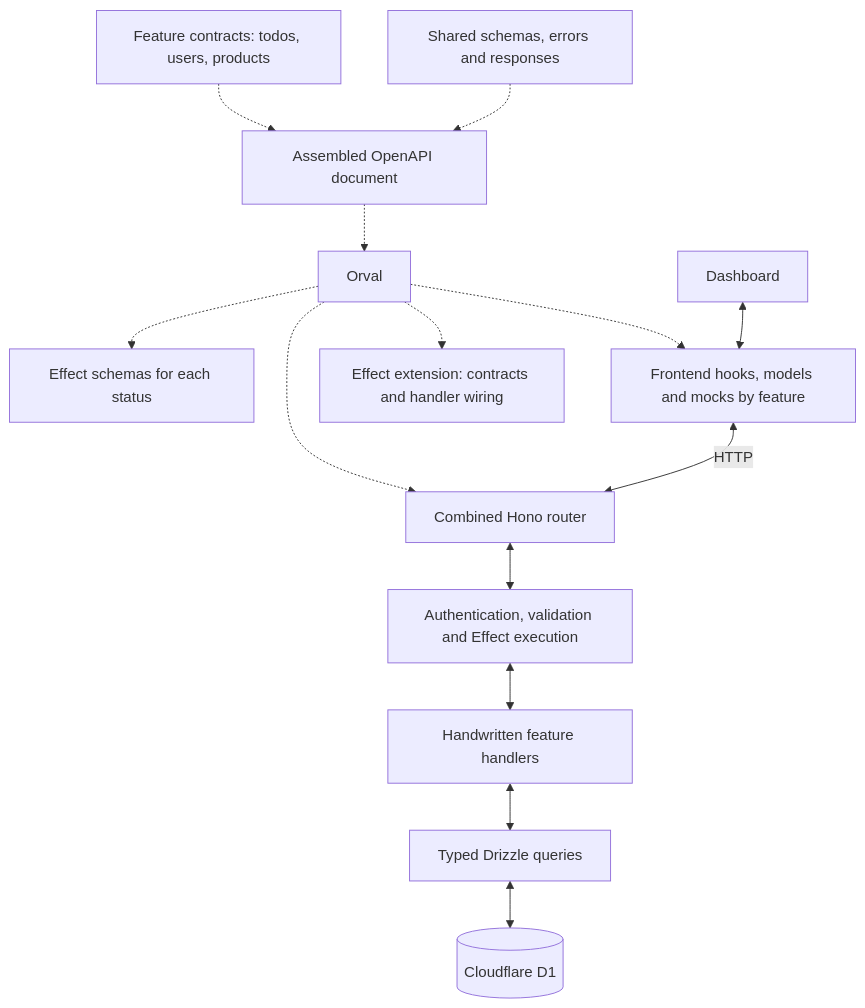
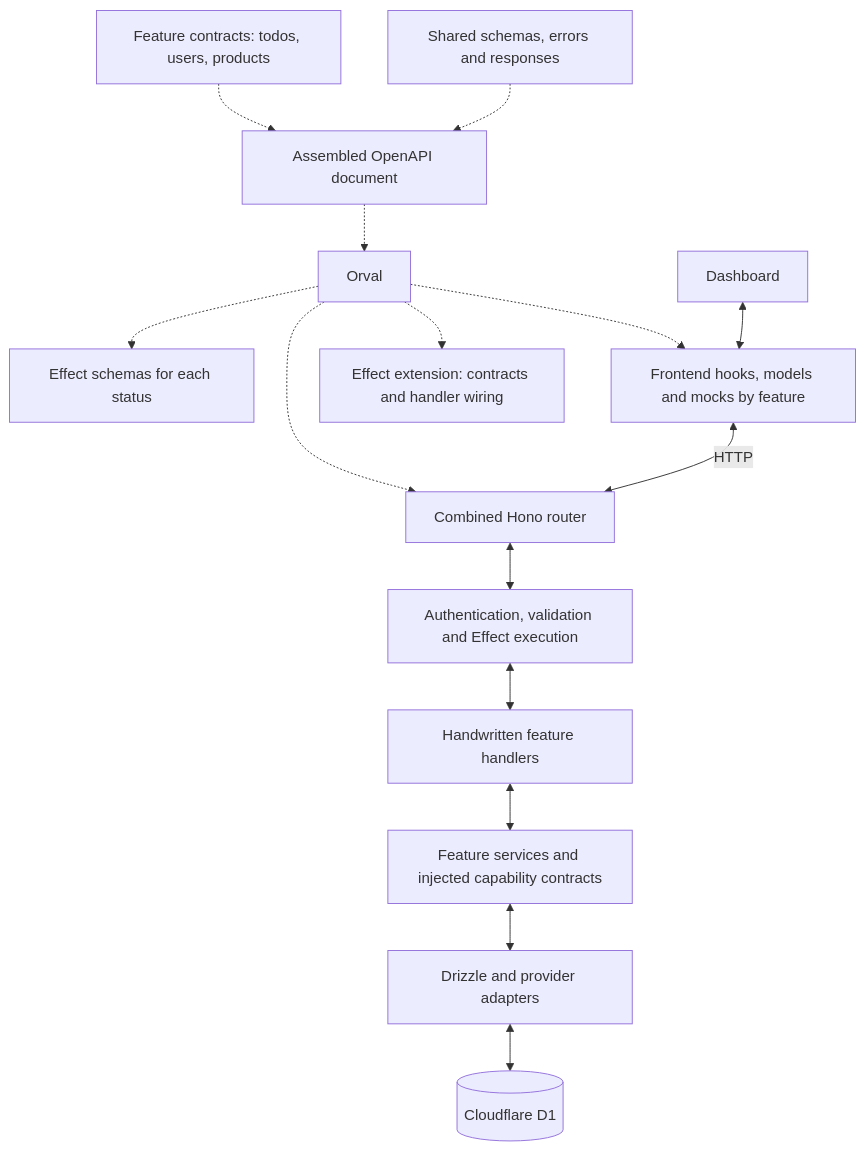
Before and after one commit to rowanhen/pnpm-cloudflare-tanstack-template: the diagram in docs/api-architecture.md, drawn with Mermaid. The commit also changed other lines of this file and 127 other files, not shown here.

````diff
--- a/docs/api-architecture.md
+++ b/docs/api-architecture.md
@@ -16,16 +16,17 @@
 ```mermaid
 flowchart TD
     Features["Feature contracts: todos, users, products"] -.-> Bundle["Assembled OpenAPI document"]
     Shared["Shared schemas, errors and responses"] -.-> Bundle
     Bundle -.-> Orval
     Orval -.-> Routes["Combined Hono router"]
     Orval -.-> Schemas["Effect schemas for each status"]
     Orval -.-> Client["Frontend hooks, models and mocks by feature"]
     Orval -.-> Extension["Effect extension: contracts and handler wiring"]
     UI["Dashboard"] <--> Client
     Client <-->|HTTP| Routes
     Routes <--> Boundary["Authentication, validation and Effect execution"]
     Boundary <--> Handlers["Handwritten feature handlers"]
-    Handlers <--> Drizzle["Typed Drizzle queries"]
+    Handlers <--> Services["Feature services and injected capability contracts"]
+    Services <--> Drizzle["Drizzle and provider adapters"]
     Drizzle <--> D1[("Cloudflare D1")]
 ```
````
